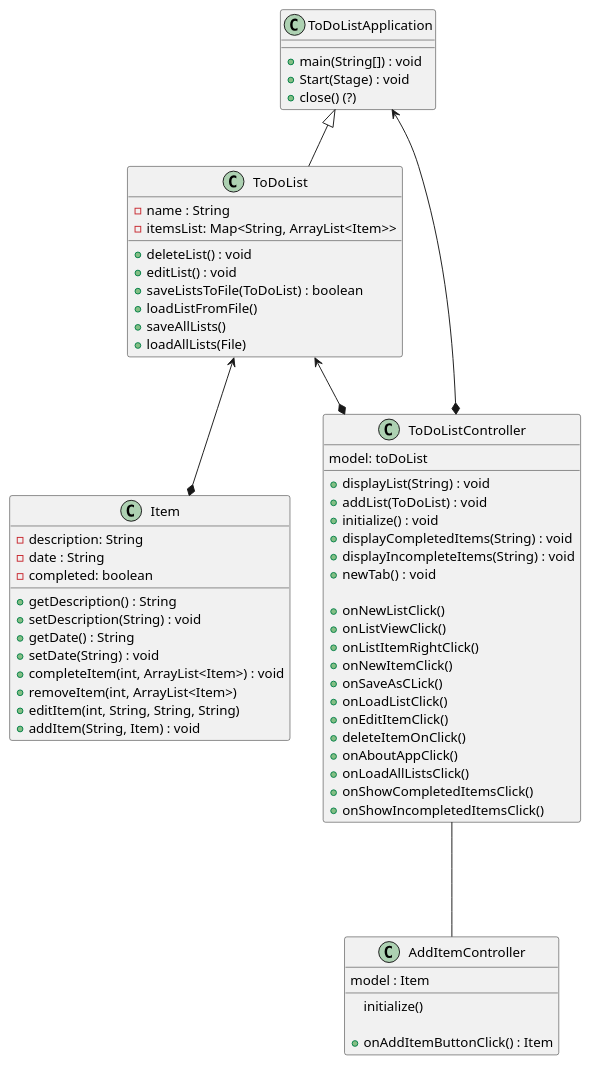
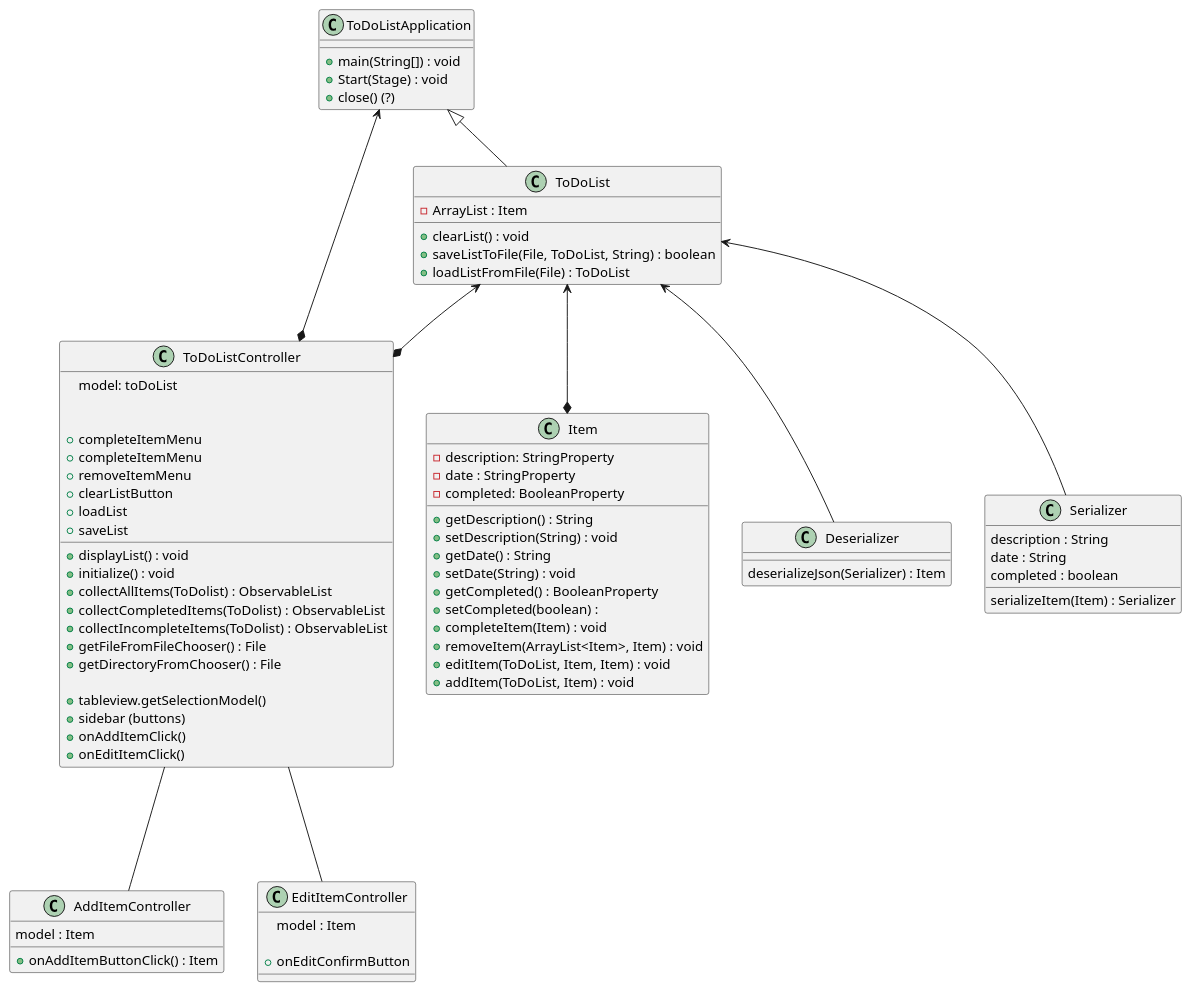
The diagram in src/main/resources/assignment4.puml (Joey-Crown/crown-cop3330-assignment4part2), drawn with PlantUML before and after one commit.

Commit message:
Updated UML

```diff
--- a/src/main/resources/assignment4.puml
+++ b/src/main/resources/assignment4.puml
@@ -1,77 +1,94 @@
 @startuml
 'https://plantuml.com/sequence-diagram
 
 class ToDoListApplication {
     + main(String[]) : void
     + Start(Stage) : void
     + close() (?)
 }
 
 class ToDoList {
-    - name : String
-    - itemsList: Map<String, ArrayList<Item>>
+    - ArrayList : Item
 
-    + deleteList() : void
-    + editList() : void
-    + saveListsToFile(ToDoList) : boolean
-    + loadListFromFile()
-    + saveAllLists()
-    + loadAllLists(File)
+    + clearList() : void
+    + saveListToFile(File, ToDoList, String) : boolean
+    + loadListFromFile(File) : ToDoList
 }
 
 class Item {
-    - description: String
-    - date : String
-    - completed: boolean
+    - description: StringProperty
+    - date : StringProperty
+    - completed: BooleanProperty
 
     + getDescription() : String
     + setDescription(String) : void
     + getDate() : String
     + setDate(String) : void
-    + completeItem(int, ArrayList<Item>) : void
-    + removeItem(int, ArrayList<Item>)
-    + editItem(int, String, String, String)
-    + addItem(String, Item) : void
+    + getCompleted() : BooleanProperty
+    + setCompleted(boolean) :
+    + completeItem(Item) : void
+    + removeItem(ArrayList<Item>, Item) : void
+    + editItem(ToDoList, Item, Item) : void
+    + addItem(ToDoList, Item) : void
 }
 
 class ToDoListController {
     model: toDoList
 
-    + displayList(String) : void
-    + addList(ToDoList) : void
+    + displayList() : void
     + initialize() : void
-    + displayCompletedItems(String) : void
-    + displayIncompleteItems(String) : void
-    + newTab() : void
+    + collectAllItems(ToDolist) : ObservableList
+    + collectCompletedItems(ToDolist) : ObservableList
+    + collectIncompleteItems(ToDolist) : ObservableList
+    + getFileFromFileChooser() : File
+    + getDirectoryFromChooser() : File
 
     'GUI event handlers
-    + onNewListClick()
-    + onListViewClick()
-    + onListItemRightClick()
-    + onNewItemClick()
-    + onSaveAsCLick()
-    + onLoadListClick()
+    + tableview.getSelectionModel()
+    + completeItemMenu
+    + completeItemMenu
+    + removeItemMenu
+    + sidebar (buttons)
+    + clearListButton
+    + loadList
+    + saveList
+    + onAddItemClick()
     + onEditItemClick()
-    + deleteItemOnClick()
-    + onAboutAppClick()
-    + onLoadAllListsClick()
-    + onShowCompletedItemsClick()
-    + onShowIncompletedItemsClick()
 
 }
 
 class AddItemController {
     model : Item
+    'GUI event handlers
+    + onAddItemButtonClick() : Item
+}
 
-    initialize()
+class EditItemController {
+    model : Item
 
     'GUI event handlers
-    + onAddItemButtonClick() : Item
+    + onEditConfirmButton
+}
+
+class Deserializer {
+
+    deserializeJson(Serializer) : Item
+}
+
+class Serializer {
+    description : String
+    date : String
+    completed : boolean
+
+    serializeItem(Item) : Serializer
 }
 
 ToDoList <--* Item
 ToDoListApplication <|-- ToDoList
 ToDoList <--* ToDoListController
 ToDoListApplication <--* ToDoListController
 ToDoListController --- AddItemController
+ToDoListController --- EditItemController
+ToDoList <-- Serializer
+ToDoList <-- Deserializer
 @enduml
```
